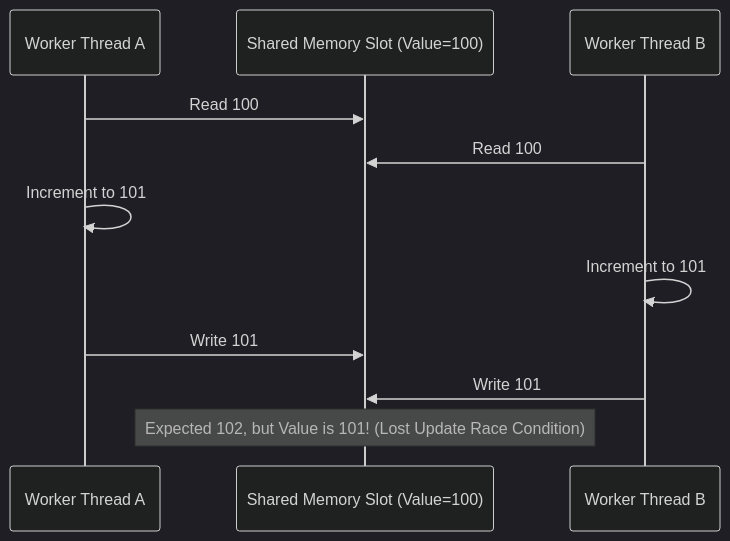
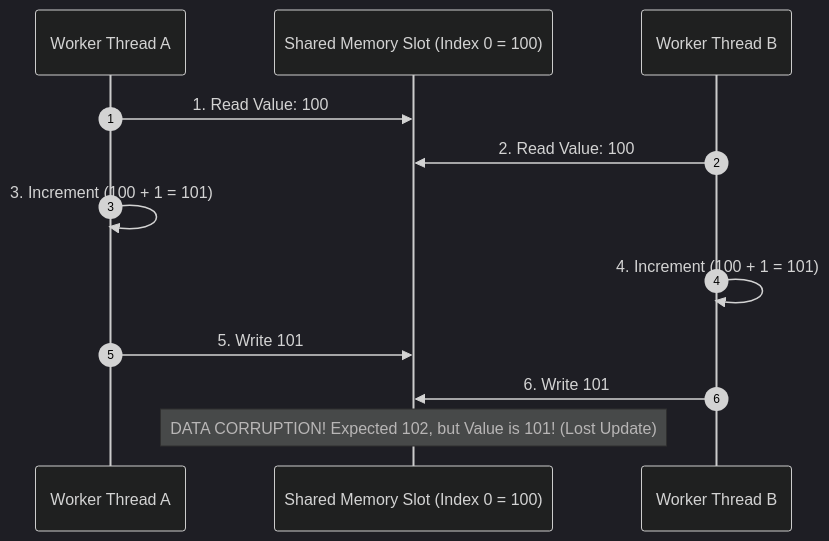
One commit to Amie-dev/engineering-playbook changed the second of 3 diagrams in js-internals/16-shared-memory-atomics.md. Above: the diagram before and after it, drawn with Mermaid (dark theme). The commit also changed other lines of this file and 17 other files, not shown here.

First line of the commit message:
Refactor modules on Shared Memory, WebAssembly Interop, and Performance Profiling

````diff
--- a/js-internals/16-shared-memory-atomics.md
+++ b/js-internals/16-shared-memory-atomics.md
@@ -39,14 +39,16 @@
 ```mermaid
 sequenceDiagram
+    autonumber
     participant ThreadA as Worker Thread A
-    participant Shared as Shared Memory Slot (Value=100)
+    participant RAM as Shared Memory Slot (Index 0 = 100)
     participant ThreadB as Worker Thread B
 
-    ThreadA->>Shared: Read 100
-    ThreadB->>Shared: Read 100
-    ThreadA->>ThreadA: Increment to 101
-    ThreadB->>ThreadB: Increment to 101
-    ThreadA->>Shared: Write 101
-    ThreadB->>Shared: Write 101
-    Note over Shared: Expected 102, but Value is 101! (Lost Update Race Condition)
+    ThreadA->>RAM: 1. Read Value: 100
+    ThreadB->>RAM: 2. Read Value: 100
+    ThreadA->>ThreadA: 3. Increment (100 + 1 = 101)
+    ThreadB->>ThreadB: 4. Increment (100 + 1 = 101)
+    ThreadA->>RAM: 5. Write 101
+    ThreadB->>RAM: 6. Write 101
+    
+    Note over RAM: DATA CORRUPTION! Expected 102, but Value is 101! (Lost Update)
 ```
````
